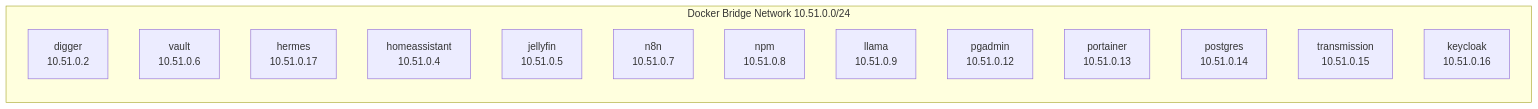
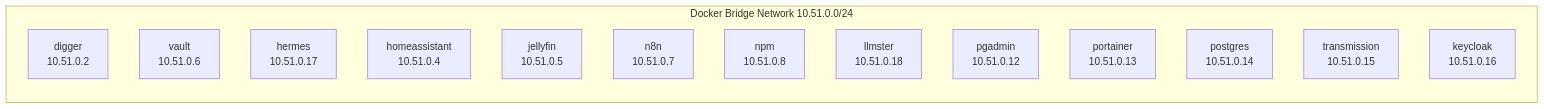
One commit to mouralx/homelab changed the second of 5 diagrams in docs/architecture.md. Above: the diagram before and after it, drawn with Mermaid. The commit also changed other lines of this file and 11 other files, not shown here.

Commit message:
feat: update architecture and configuration for LLMster and Honcho services; add entrypoint scripts

````diff
--- a/docs/architecture.md
+++ b/docs/architecture.md
@@ -103,32 +103,32 @@
 ```mermaid
 flowchart LR
     subgraph "Docker Bridge Network 10.51.0.0/24"
         direction TB
         digger["digger
 10.51.0.2"]
         vault["vault
 10.51.0.6"]
         hermes["hermes
 10.51.0.17"]
         ha["homeassistant
 10.51.0.4"]
         jellyfin["jellyfin
 10.51.0.5"]
         n8n["n8n
 10.51.0.7"]
         npm["npm
 10.51.0.8"]
-        llama["llama
-10.51.0.9"]
+        llmster["llmster
+10.51.0.18"]
         pgadmin["pgadmin
 10.51.0.12"]
         portainer["portainer
 10.51.0.13"]
         postgres["postgres
 10.51.0.14"]
         transmission["transmission
 10.51.0.15"]
         keycloak["keycloak
 10.51.0.16"]
     end
 ```
````
